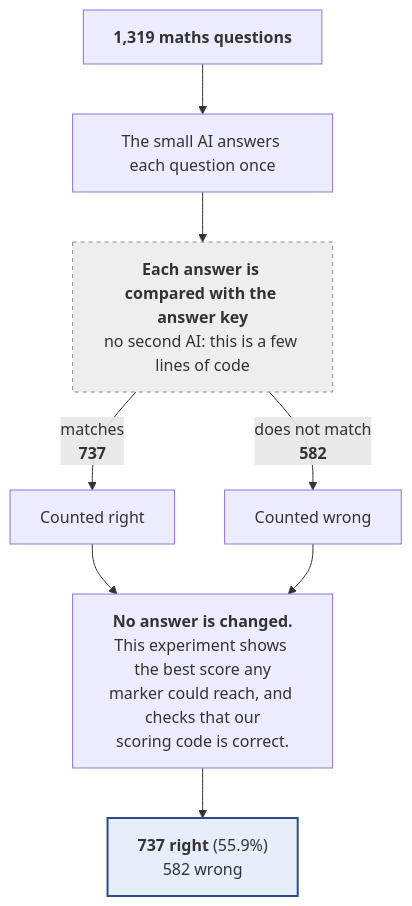
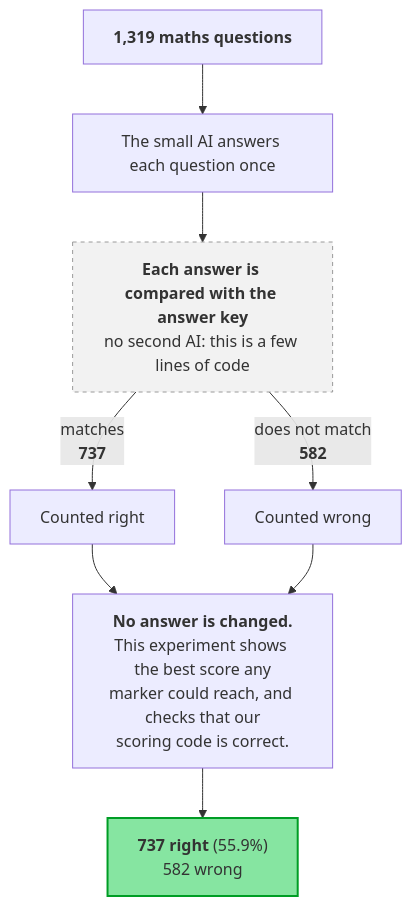
Before and after one commit to SaminYeaserKhan/gemma4-finetune: the second of 2 diagrams in docs/experiments/07_finetuned-model+perfect-checker-marks-all-answers/README.md, drawn with Mermaid. The commit also changed other lines of this file and 143 other files, not shown here.

````diff
--- a/docs/experiments/07_finetuned-model+perfect-checker-marks-all-answers/README.md
+++ b/docs/experiments/07_finetuned-model+perfect-checker-marks-all-answers/README.md
@@ -65,14 +65,14 @@
 ```mermaid
 flowchart TD
     Q["<b>1,319 maths questions</b>"]
     Q --> A["The small AI answers each question once"]
     A --> M["<b>Each answer is compared with the answer key</b><br/>no second AI: this is a few lines of code"]
     M -->|"matches<br/><b>737</b>"| OK["Counted right"]
     M -->|"does not match<br/><b>582</b>"| NO["Counted wrong"]
     OK --> SAME["<b>No answer is changed.</b><br/>This experiment shows the best score any<br/>marker could reach, and checks that our<br/>scoring code is correct."]
     NO --> SAME
     SAME --> RES
     RES["<b>737 right</b> (55.9%)<br/>582 wrong"]
-    style M fill:#eeeeee,stroke:#888,stroke-dasharray: 4 4
-    style RES fill:#e6eefc,stroke:#2b4c8c,stroke-width:2px
+    style M fill:#f2f2f2,stroke:#9a9a9a,stroke-dasharray: 4 4
+    style RES fill:#86e5a1,stroke:#009d25,stroke-width:2px
 ```
````
